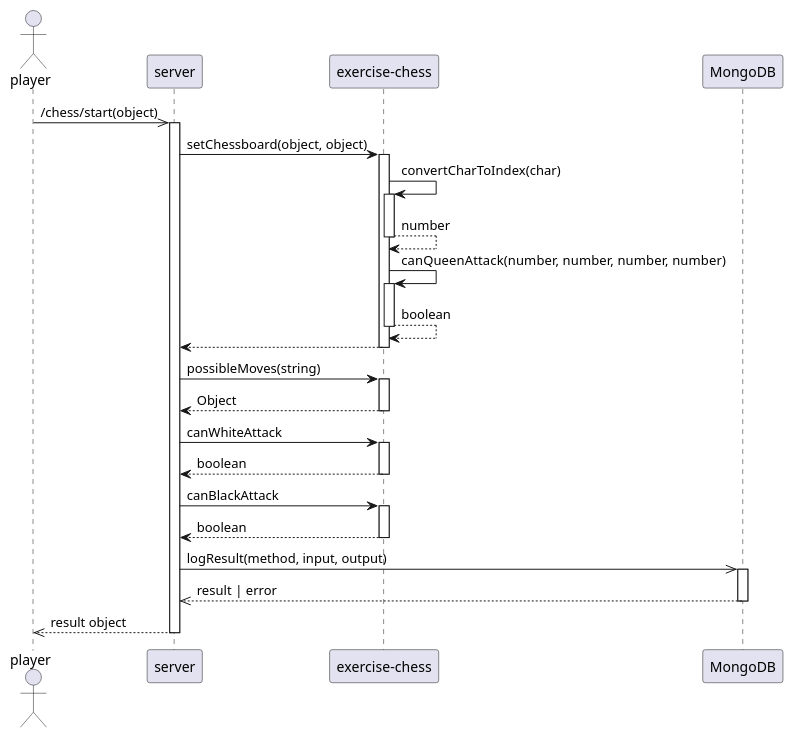
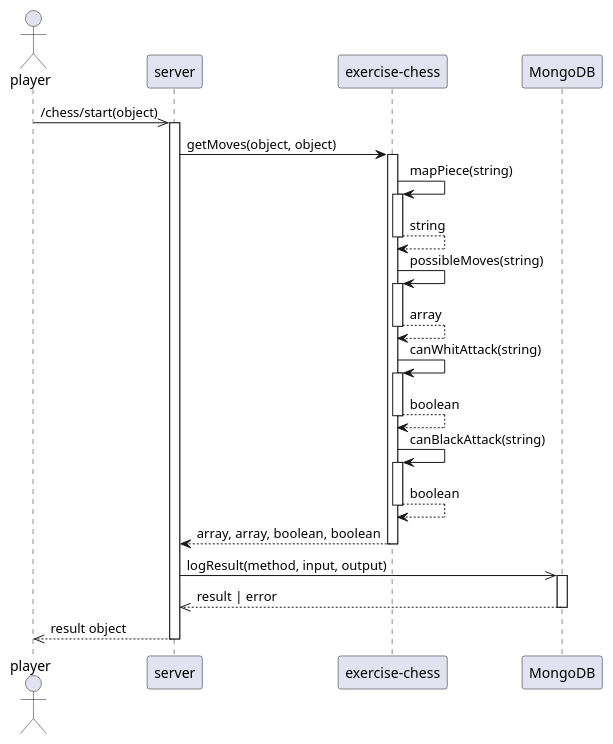
One commit to OmarAlghamdi/exercises changed the diagram in docs/diagrams/src/chess-sequence.puml. Above: the diagram before and after it, drawn with PlantUML. The commit also changed 9 other files, not shown here.

```diff
--- a/docs/diagrams/src/chess-sequence.puml
+++ b/docs/diagrams/src/chess-sequence.puml
@@ -1,25 +1,27 @@
 @startuml
 actor player
 
 player ->> server ++ : /chess/start(object) 
-server -> "exercise-chess" ++ : setChessboard(object, object)
+server -> "exercise-chess" ++ : getMoves(object, object)
 
-"exercise-chess"->"exercise-chess"++: convertCharToIndex(char)
-"exercise-chess" --> "exercise-chess" -- : number
-"exercise-chess"->"exercise-chess"++: canQueenAttack(number, number, number, number)
+"exercise-chess"->"exercise-chess"++: mapPiece(string)
+"exercise-chess" --> "exercise-chess" -- : string
+"exercise-chess"->"exercise-chess"++: possibleMoves(string)
+"exercise-chess" --> "exercise-chess" -- : array
+
+"exercise-chess"->"exercise-chess"++: canWhitAttack(string)
 "exercise-chess" --> "exercise-chess" -- : boolean
-"exercise-chess" --> server --
 
-server -> "exercise-chess" ++ : possibleMoves(string)
-"exercise-chess" --> server -- : Object
-server -> "exercise-chess" ++ : canWhiteAttack
-"exercise-chess" --> server -- : boolean
-server -> "exercise-chess" ++ : canBlackAttack
-"exercise-chess" --> server -- : boolean
+
+"exercise-chess"->"exercise-chess"++: canBlackAttack(string)
+"exercise-chess" --> "exercise-chess" -- : boolean
+
+
+"exercise-chess" --> server --: array, array, boolean, boolean
 
 server ->> MongoDB ++ : logResult(method, input, output)
 MongoDB -->> server -- : result | error
 server -->> player -- : result object
 
 database MongoDB
 @enduml
```
